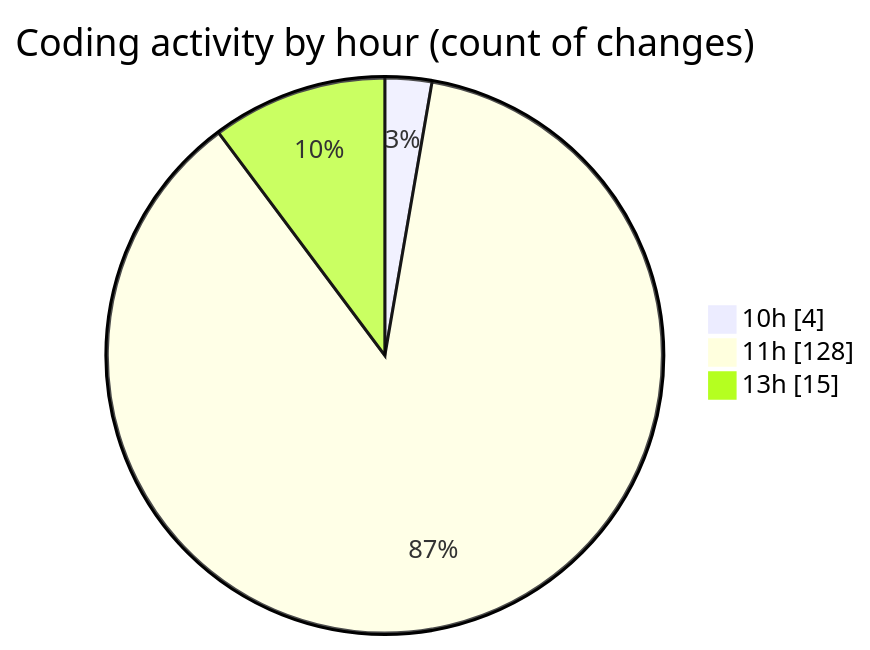
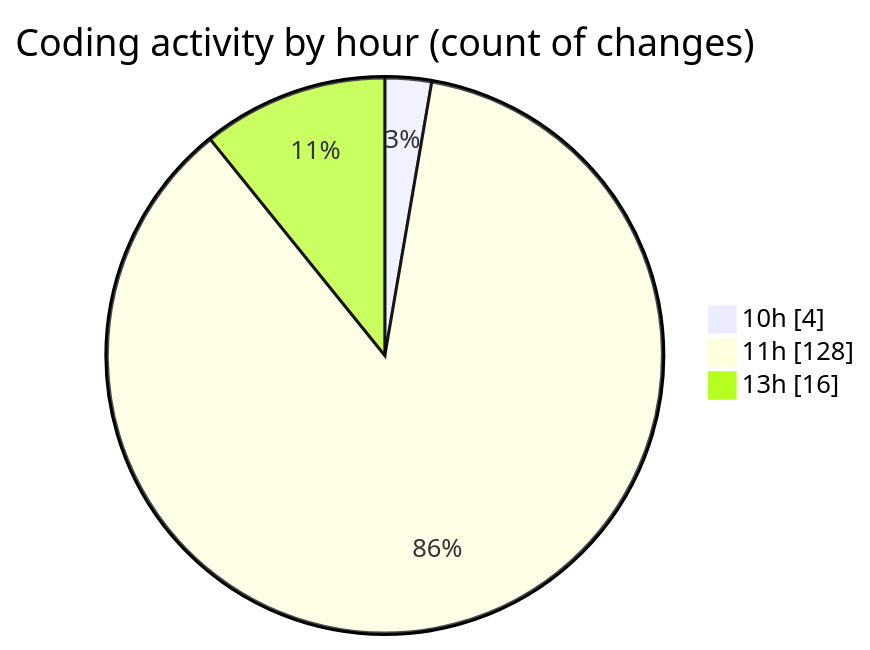
The second of 2 diagrams in 2025-04-14/nxtqube_webapp/README.md (nxtqubesakshisongat/code-tracking), drawn with Mermaid before and after one commit. The commit also changed other lines of this file and 1 other file, not shown here.

````diff
--- a/2025-04-14/nxtqube_webapp/README.md
+++ b/2025-04-14/nxtqube_webapp/README.md
@@ -35,7 +35,7 @@
 ```mermaid
 pie showData
 title Coding activity by hour (count of changes)
 "10h" : 4
 "11h" : 128
-"13h" : 15
+"13h" : 16
 ```
````
